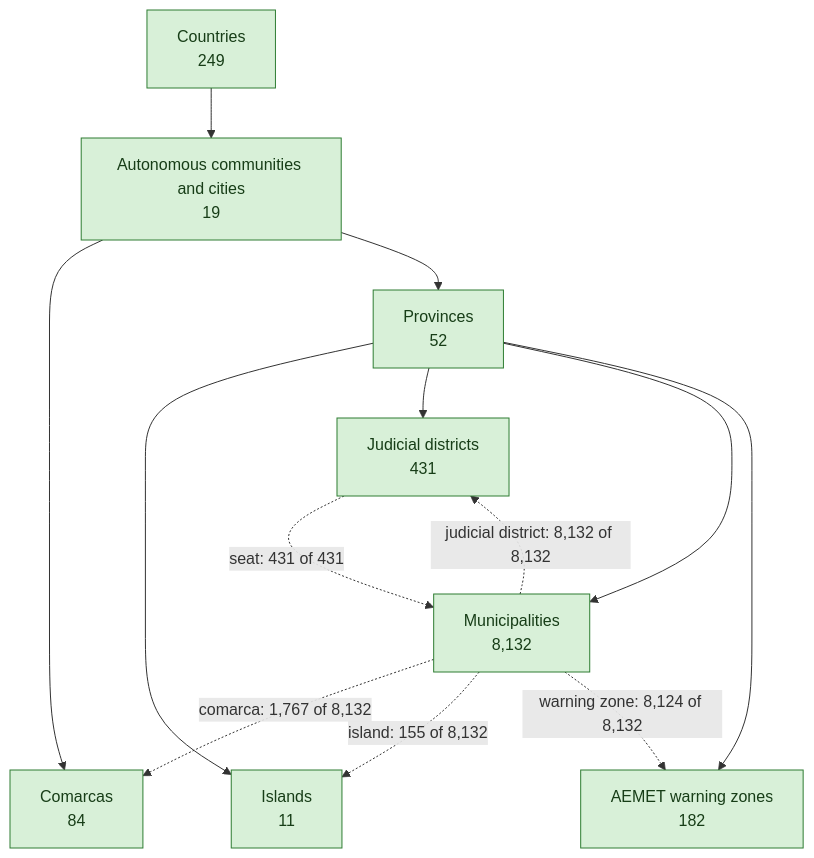
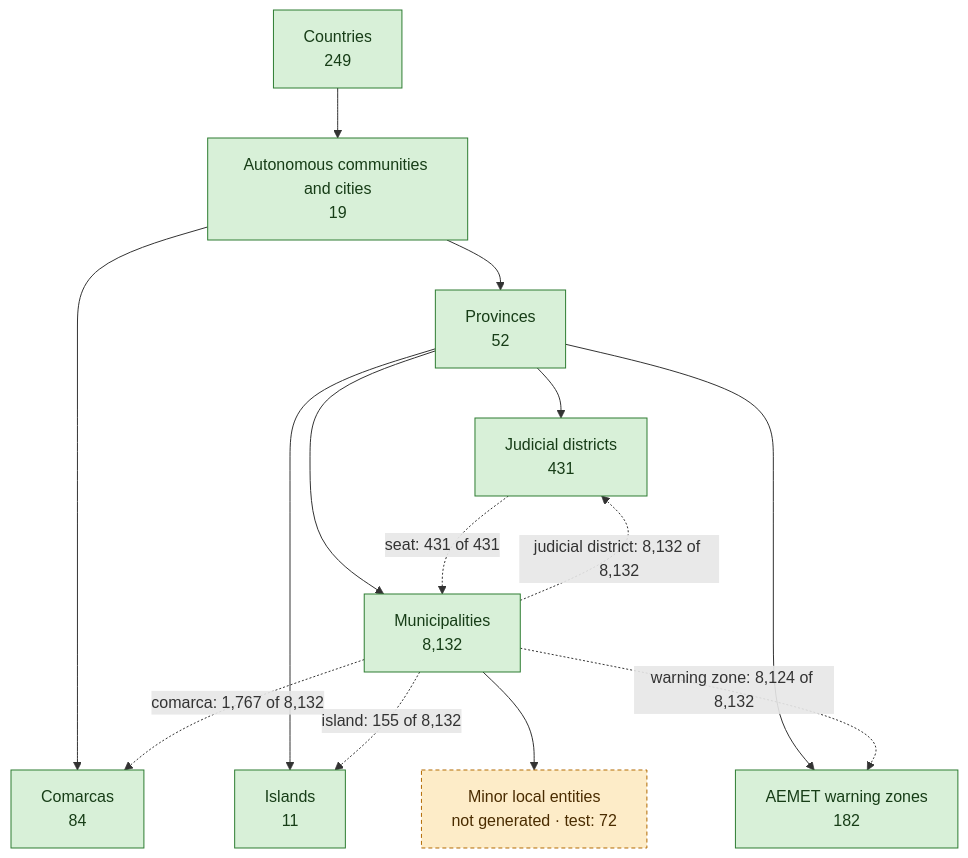
The first of 6 diagrams in docs/status.md (alertapublica/territorios-es), drawn with Mermaid before and after one commit. The commit also changed other lines of this file and 22 other files, not shown here.

````diff
--- a/docs/status.md
+++ b/docs/status.md
@@ -15,27 +15,29 @@
 ```mermaid
 flowchart TB
   accTitle: Territories
   autonomous_community["Autonomous communities and cities<br>19"]:::done
   province["Provinces<br>52"]:::done
   municipality["Municipalities<br>8,132"]:::done
   island["Islands<br>11"]:::done
   judicial_district["Judicial districts<br>431"]:::done
   warning_zone["AEMET warning zones<br>182"]:::done
   comarca["Comarcas<br>84"]:::done
+  minor_local_entity["Minor local entities<br>not generated · test: 72"]:::todo
   country["Countries<br>249"]:::done
   autonomous_community --> comarca
   autonomous_community --> province
   country --> autonomous_community
+  municipality --> minor_local_entity
   province --> island
   province --> judicial_district
   province --> municipality
   province --> warning_zone
   judicial_district -.->|"seat: 431 of 431"| municipality
   municipality -.->|"comarca: 1,767 of 8,132"| comarca
   municipality -.->|"island: 155 of 8,132"| island
   municipality -.->|"judicial district: 8,132 of 8,132"| judicial_district
   municipality -.->|"warning zone: 8,124 of 8,132"| warning_zone
   classDef done fill:#d8f0d8,stroke:#2e7d32,color:#173d17
   classDef todo fill:#fdecc8,stroke:#b26a00,color:#4a2c00,stroke-dasharray:4 3
   classDef box fill:#e6eef8,stroke:#3b6ea8,color:#14304f
 ```
````
